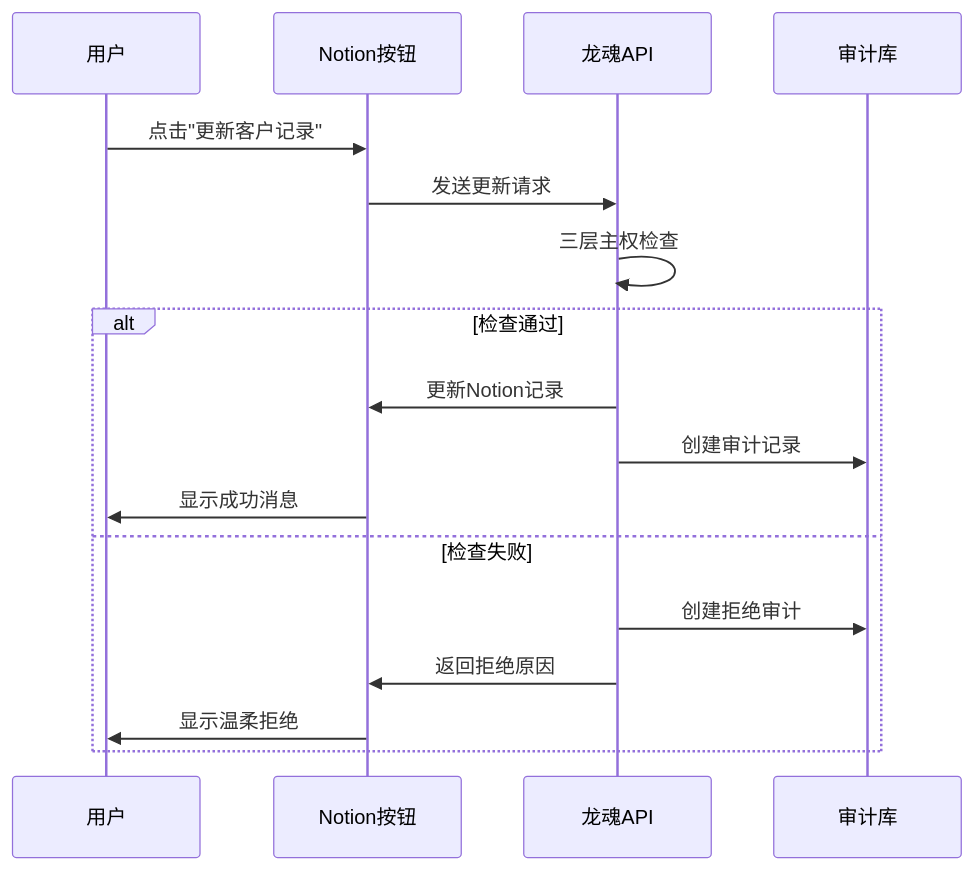
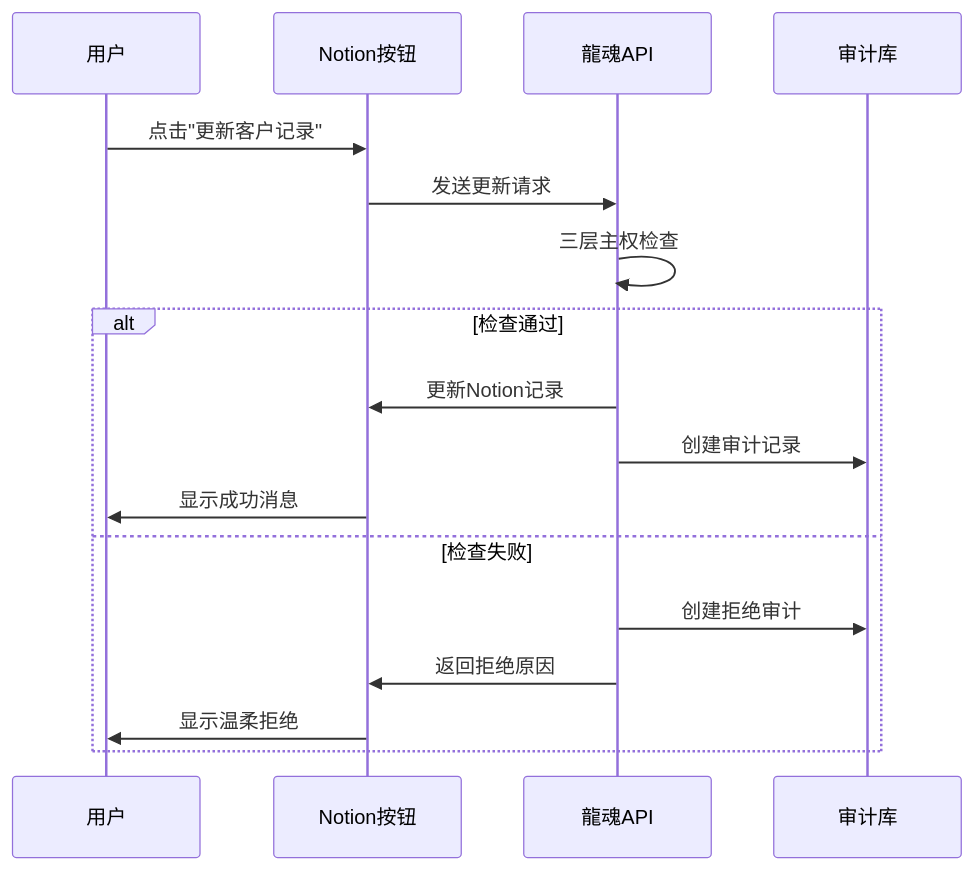
Before and after one commit to UID9622/longhun-system: the first of 2 diagrams in longhun-system/CNSH_备份_20260211/本地备份/历史项目/龙魂Notion主权自动化/Notion按钮自动化指南.md, drawn with Mermaid. The commit also changed other lines of this file and 853 other files, not shown here.

````diff
--- a/longhun-system/CNSH_备份_20260211/本地备份/历史项目/龙魂Notion主权自动化/Notion按钮自动化指南.md
+++ b/longhun-system/CNSH_备份_20260211/本地备份/历史项目/龙魂Notion主权自动化/Notion按钮自动化指南.md
@@ -212,21 +212,21 @@
 ```mermaid
 sequenceDiagram
     participant U as 用户
     participant N as Notion按钮
-    participant L as 龙魂API
+    participant L as 龍魂API
     participant A as 审计库
     
     U->>N: 点击"更新客户记录"
     N->>L: 发送更新请求
     L->>L: 三层主权检查
     
     alt 检查通过
         L->>N: 更新Notion记录
         L->>A: 创建审计记录
         N->>U: 显示成功消息
     else 检查失败
         L->>A: 创建拒绝审计
         L->>N: 返回拒绝原因
         N->>U: 显示温柔拒绝
     end
 ```
````
